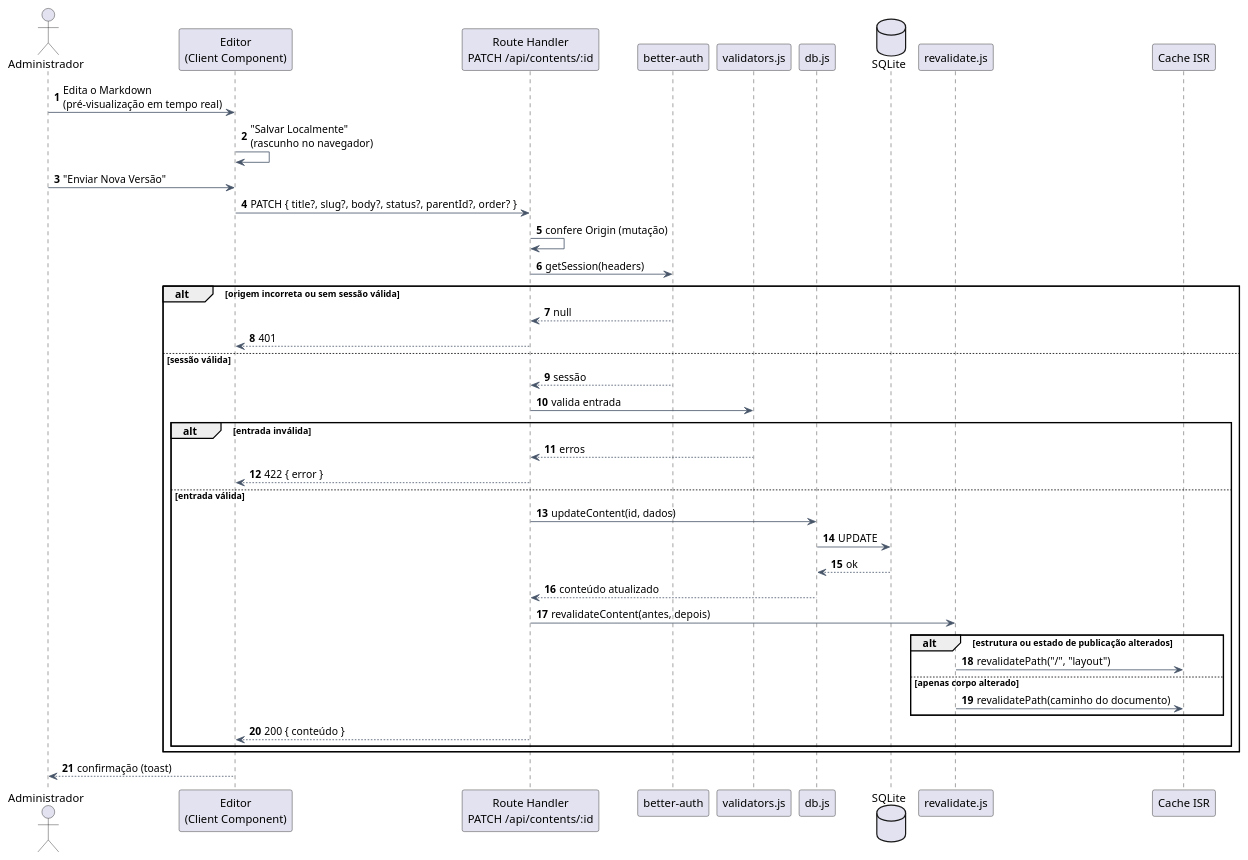
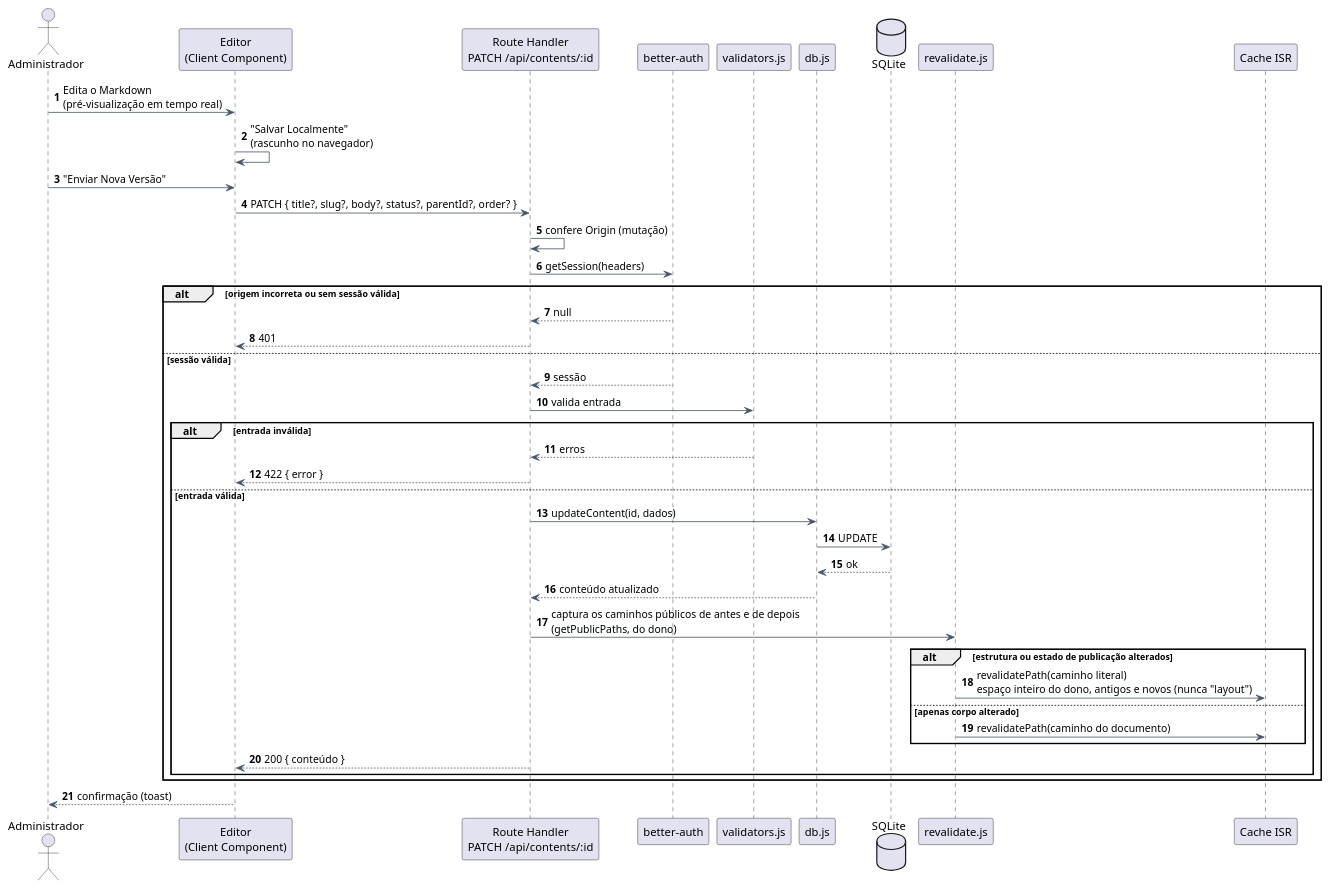
The diagram in doc/diagrams/src/seq-publicacao-conteudo.puml (fromcaio/vitrine), drawn with PlantUML before and after one commit. The commit also changed 8 other files, not shown here.

```diff
--- a/doc/diagrams/src/seq-publicacao-conteudo.puml
+++ b/doc/diagrams/src/seq-publicacao-conteudo.puml
@@ -1,55 +1,55 @@
 @startuml seq-publicacao-conteudo
 ' ===========================================================================
 ' Vitrine - Sequência: edição e publicação de um documento
 ' Figura: fig:seq-publicacao-conteudo (doc/tex/capitulos/cap5_arquitetura.tex)
 ' Regra de revalidação: só o corpo mudou => revalida a página; estrutura mudou
 ' (título, slug, pai, ordem ou estado DRAFT/PUBLISHED) => revalida o layout raiz
 ' (árvore na sidebar).
 ' ===========================================================================
 skinparam shadowing false
 skinparam defaultFontName Arial
 skinparam ArrowColor #475569
 skinparam sequenceMessageAlign left
 autonumber
 
 actor "Administrador" as Admin
 participant "Editor\n(Client Component)" as Ed
 participant "Route Handler\nPATCH /api/contents/:id" as Api
 participant "better-auth" as Auth
 participant "validators.js" as Val
 participant "db.js" as DB
 database "SQLite" as Sql
 participant "revalidate.js" as Rev
 participant "Cache ISR" as Cache
 
 Admin -> Ed : Edita o Markdown\n(pré-visualização em tempo real)
 Ed -> Ed : "Salvar Localmente"\n(rascunho no navegador)
 Admin -> Ed : "Enviar Nova Versão"
 Ed -> Api : PATCH { title?, slug?, body?, status?, parentId?, order? }
 Api -> Api : confere Origin (mutação)
 Api -> Auth : getSession(headers)
 alt origem incorreta ou sem sessão válida
   Auth --> Api : null
   Api --> Ed : 401
 else sessão válida
   Auth --> Api : sessão
   Api -> Val : valida entrada
   alt entrada inválida
     Val --> Api : erros
     Api --> Ed : 422 { error }
   else entrada válida
     Api -> DB : updateContent(id, dados)
     DB -> Sql : UPDATE
     Sql --> DB : ok
     DB --> Api : conteúdo atualizado
-    Api -> Rev : revalidateContent(antes, depois)
+    Api -> Rev : captura os caminhos públicos de antes e de depois\n(getPublicPaths, do dono)
     alt estrutura ou estado de publicação alterados
-      Rev -> Cache : revalidatePath("/", "layout")
+      Rev -> Cache : revalidatePath(caminho literal)\nespaço inteiro do dono, antigos e novos (nunca "layout")
     else apenas corpo alterado
       Rev -> Cache : revalidatePath(caminho do documento)
     end
     Api --> Ed : 200 { conteúdo }
   end
 end
 Ed --> Admin : confirmação (toast)
 @enduml
```
